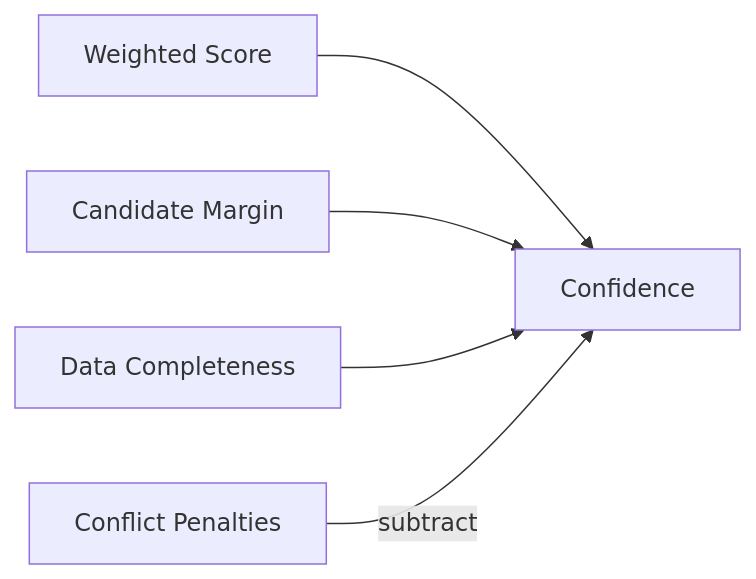
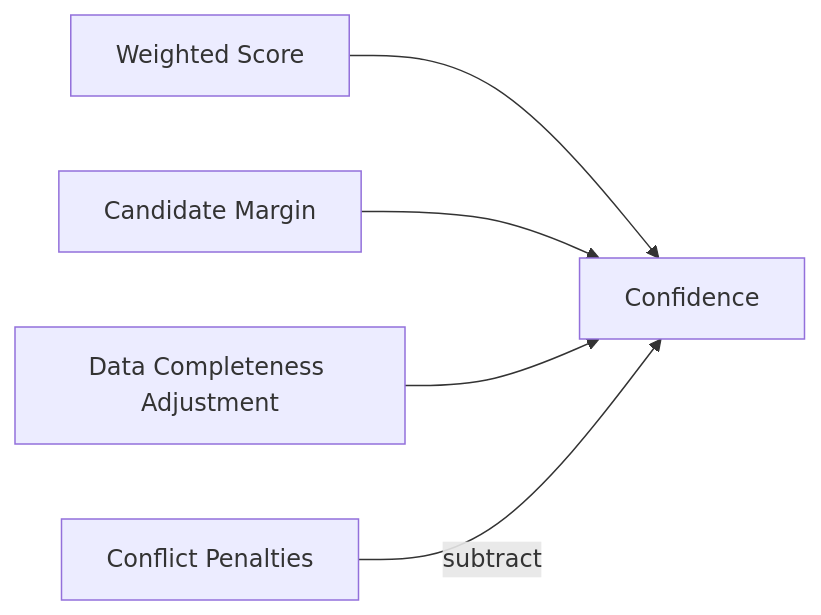
Before and after one commit to Aheal/role-inference-service: the third of 4 diagrams in README.md, drawn with Mermaid. The commit also changed other lines of this file, not shown here.

````diff
--- a/README.md
+++ b/README.md
@@ -131,7 +133,7 @@
 ```mermaid
 flowchart LR
   A["Weighted Score"] --> E["Confidence"]
   B["Candidate Margin"] --> E
-  C["Data Completeness"] --> E
+  C["Data Completeness Adjustment"] --> E
   D["Conflict Penalties"] -- "subtract" --> E
 ```
````
